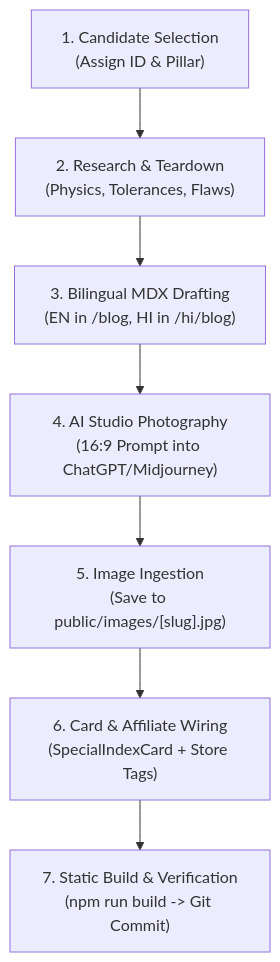
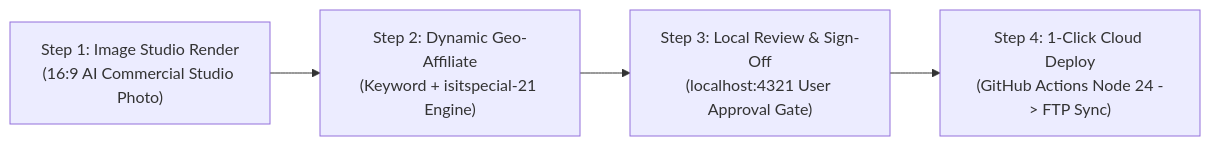
One commit to gyanart/isitspecial changed the diagram in PLAYBOOK.md. Above: the diagram before and after it, drawn with Mermaid. The commit also changed other lines of this file, not shown here.

Commit message:
docs: formalize 4-step production flow and strict sign-off gate in playbook

````diff
--- a/PLAYBOOK.md
+++ b/PLAYBOOK.md
@@ -92,9 +92,6 @@
 ```mermaid
-flowchart TD
-    A["1. Candidate Selection<br>(Assign ID & Pillar)"] --> B["2. Research & Teardown<br>(Physics, Tolerances, Flaws)"]
-    B --> C["3. Bilingual MDX Drafting<br>(EN in /blog, HI in /hi/blog)"]
-    C --> D["4. AI Studio Photography<br>(16:9 Prompt into ChatGPT/Midjourney)"]
-    D --> E["5. Image Ingestion<br>(Save to public/images/[slug].jpg)"]
-    E --> F["6. Card & Affiliate Wiring<br>(SpecialIndexCard + Store Tags)"]
-    F --> G["7. Static Build & Verification<br>(npm run build -> Git Commit)"]
+flowchart LR
+    A["Step 1: Image Studio Render<br>(16:9 AI Commercial Studio Photo)"] --> B["Step 2: Dynamic Geo-Affiliate<br>(Keyword + isitspecial-21 Engine)"]
+    B --> C["Step 3: Local Review & Sign-Off<br>(localhost:4321 User Approval Gate)"]
+    C --> D["Step 4: 1-Click Cloud Deploy<br>(GitHub Actions Node 24 -> FTP Sync)"]
 ```
````
